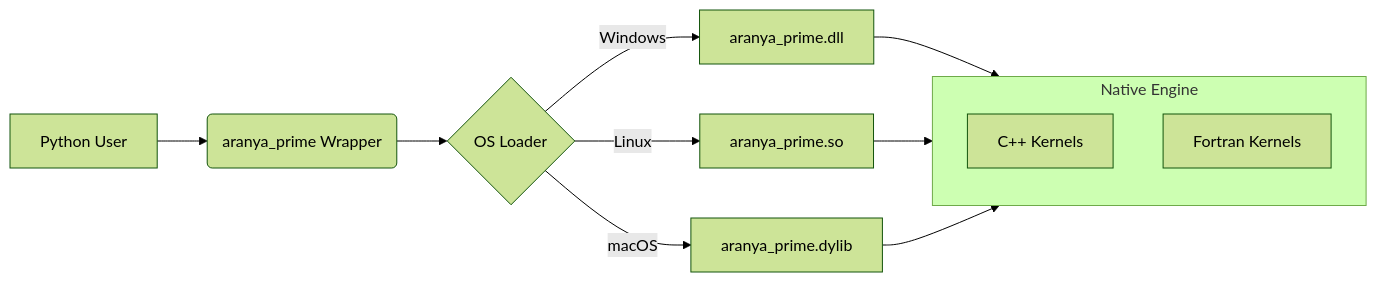
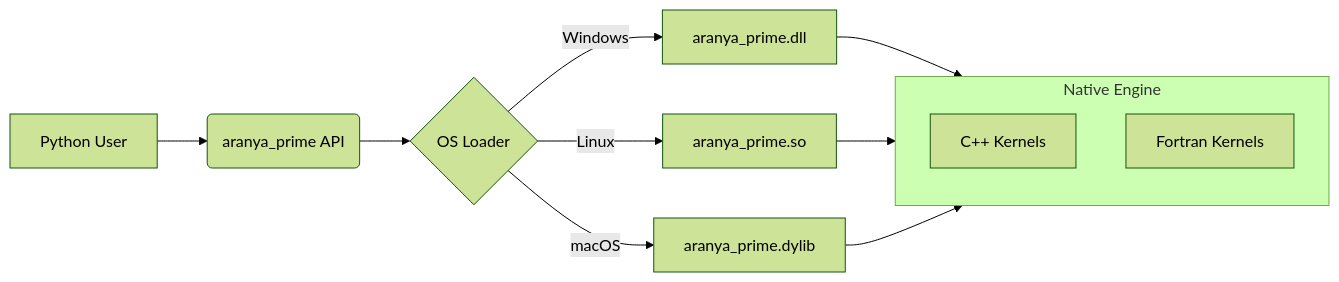
Before and after one commit to Adi-Baba/Aranya_Prime: the diagram in README.md, drawn with Mermaid (forest theme). The commit also changed other lines of this file and 1 other file, not shown here.

Commit message:
Docs: Update README and examples to use 'import aranya_prime as ap'

````diff
--- a/README.md
+++ b/README.md
@@ -27,15 +27,15 @@
 ```mermaid
 graph LR
-    User[Python User] --> Wrapper(aranya_prime Wrapper)
-    Wrapper --> Loader{OS Loader}
+    User[Python User] --> API(aranya_prime API)
+    API --> Loader{OS Loader}
     Loader -- Windows --> Win[aranya_prime.dll]
     Loader -- Linux --> Lin[aranya_prime.so]
     Loader -- macOS --> Mac[aranya_prime.dylib]
     Win --> Kernels
     Lin --> Kernels
     Mac --> Kernels
     subgraph Kernels [Native Engine]
         CPP[C++ Kernels]
         F90[Fortran Kernels]
     end
 ```
````
